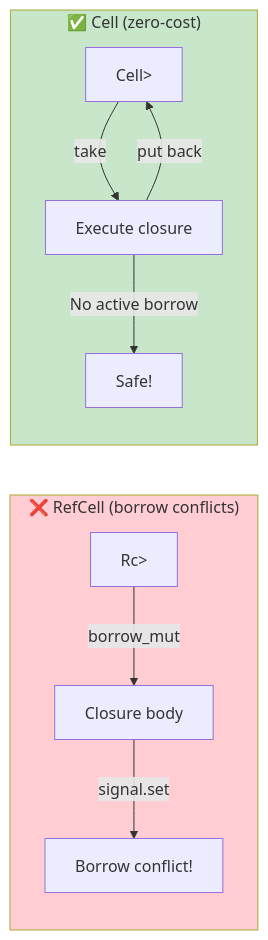
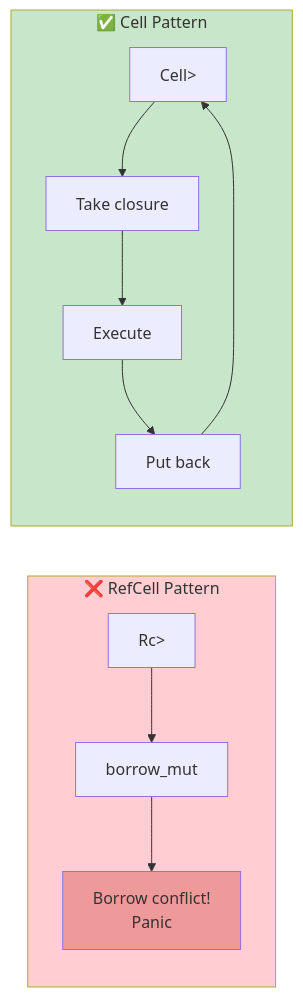
The seventh of 7 diagrams in README.md (medyll/domus), drawn with Mermaid before and after one commit. The commit also changed other lines of this file and 18 other files, not shown here.

````diff
--- a/README.md
+++ b/README.md
@@ -257,18 +884,25 @@
 ```mermaid
-graph LR
-    subgraph Old["❌ RefCell (borrow conflicts)"]
-        RC["Rc<RefCell<FnMut>>"]
-        RC -->|borrow_mut| C1["Closure body"]
-        C1 -->|signal.set| SIG1["Borrow conflict!"]
+flowchart LR
+    subgraph Old["❌ RefCell Pattern"]
+        RC[Rc<RefCell<FnMut>>]
+        Borrow[borrow_mut]
+        Conflict[Borrow conflict!<br/>Panic]
+        RC --> Borrow
+        Borrow --> Conflict
     end
-
-    subgraph New["✅ Cell (zero-cost)"]
-        CE["Cell<Option<FnMut>>"]
-        CE -->|take| C2["Execute closure"]
-        C2 -->|No active borrow| SIG2["Safe!"]
-        C2 -->|put back| CE
+    
+    subgraph New["✅ Cell Pattern"]
+        CE[Cell<Option<FnMut>>]
+        Take[Take closure]
+        Exec[Execute]
+        Return[Put back]
+        CE --> Take
+        Take --> Exec
+        Exec --> Return
+        Return --> CE
     end
-
+    
     style Old fill:#ffcdd2
     style New fill:#c8e6c9
+    style Conflict fill:#ef9a9a
 ```
````
